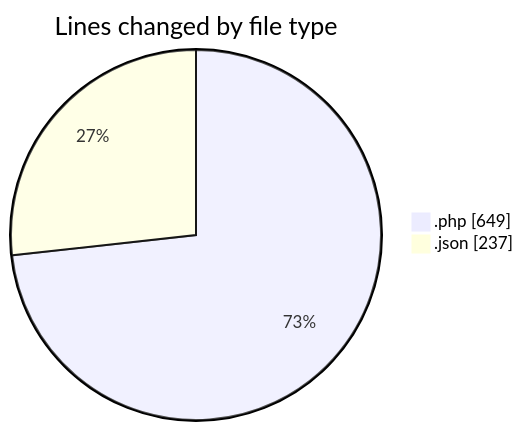
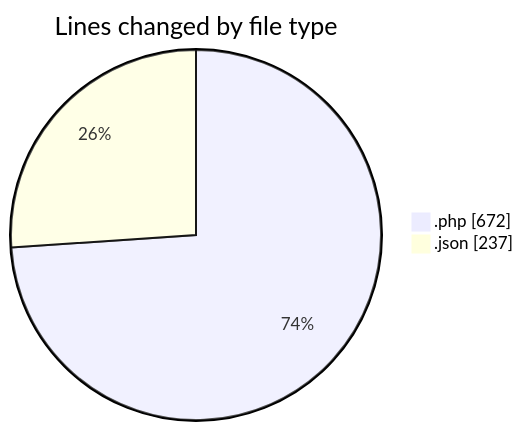
The first of 2 diagrams in 2025-05-28/studio-backend/README.md (idhammustaqopulfikri/code-tracking), drawn with Mermaid before and after one commit. The commit also changed other lines of this file and 1 other file, not shown here.

````diff
--- a/2025-05-28/studio-backend/README.md
+++ b/2025-05-28/studio-backend/README.md
@@ -34,6 +35,6 @@
 ```mermaid
 pie showData
 title Lines changed by file type
-".php" : 649
+".php" : 672
 ".json" : 237
 ```
````
